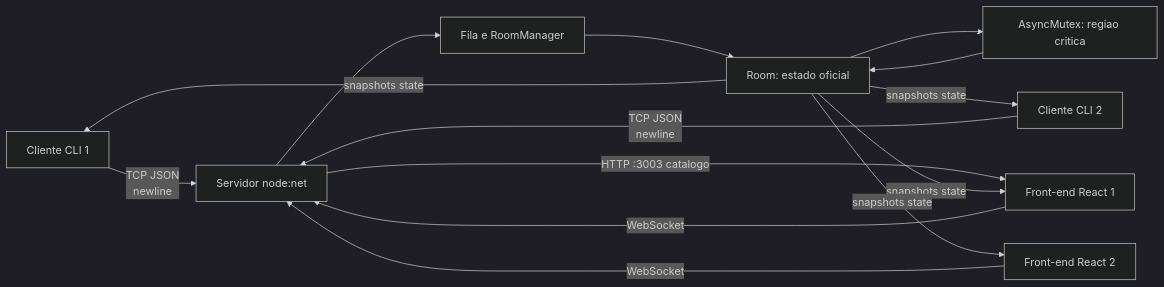
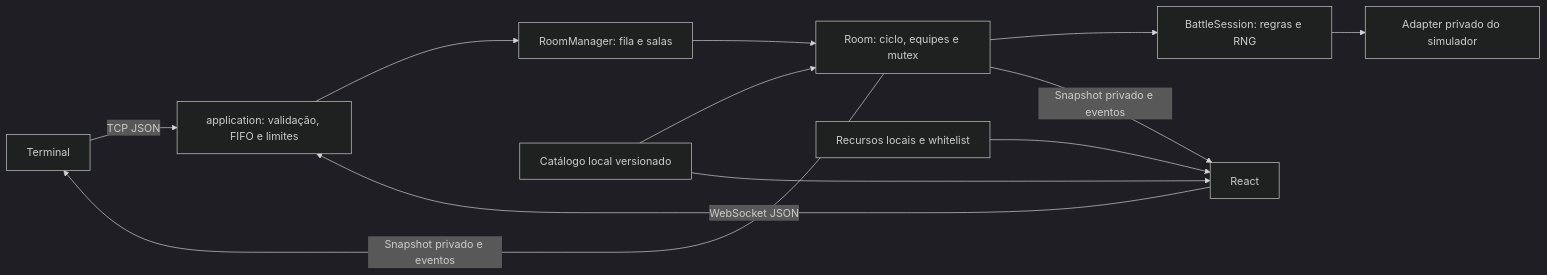
Before and after one commit to HenriqueGOP/BattleLink-Trabalho: the diagram in docs/arquitetura.md, drawn with Mermaid (dark theme). The commit also changed other lines of this file and 5201 other files, not shown here.

Commit message:
feat: integrate battle engine and protocol v3 with local assets

````diff
--- a/docs/arquitetura.md
+++ b/docs/arquitetura.md
@@ -3,16 +3,14 @@
 ```mermaid
 flowchart LR
-  C1[Cliente CLI 1] -- TCP JSON\nnewline --> S[Servidor node:net]
-  C2[Cliente CLI 2] -- TCP JSON\nnewline --> S
-  R1[Front-end React 1] -- WebSocket --> S
-  R2[Front-end React 2] -- WebSocket --> S
-  S --> Q[Fila e RoomManager]
-  Q --> R[Room: estado oficial]
-  R --> M[AsyncMutex: regiao critica]
-  M --> R
-  S -- HTTP :3003 catalogo --> R1
-  R -- snapshots state --> C1
-  R -- snapshots state --> C2
-  R -- snapshots state --> R1
-  R -- snapshots state --> R2
+  CLI[Terminal] -->|TCP JSON| A[application: validação, FIFO e limites]
+  UI[React] -->|WebSocket JSON| A
+  A --> M[RoomManager: fila e salas]
+  M --> R[Room: ciclo, equipes e mutex]
+  R --> E[BattleSession: regras e RNG]
+  E --> S[Adapter privado do simulador]
+  R -->|Snapshot privado e eventos| UI
+  R -->|Snapshot privado e eventos| CLI
+  C[Catálogo local versionado] --> R
+  C --> UI
+  L[Recursos locais e whitelist] --> UI
 ```
````
